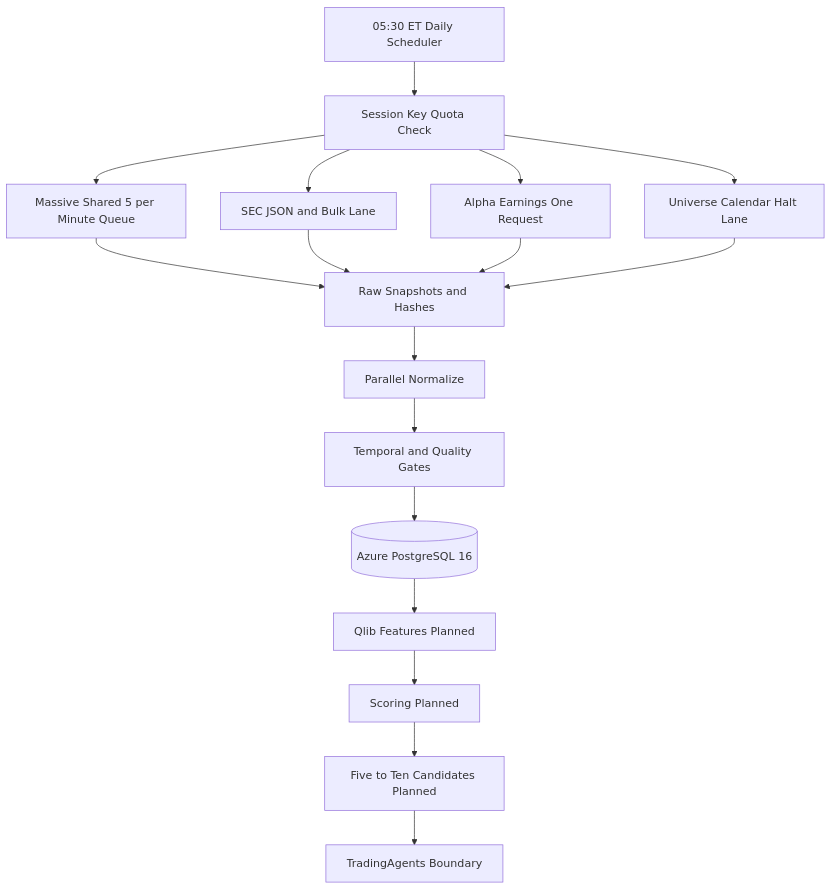
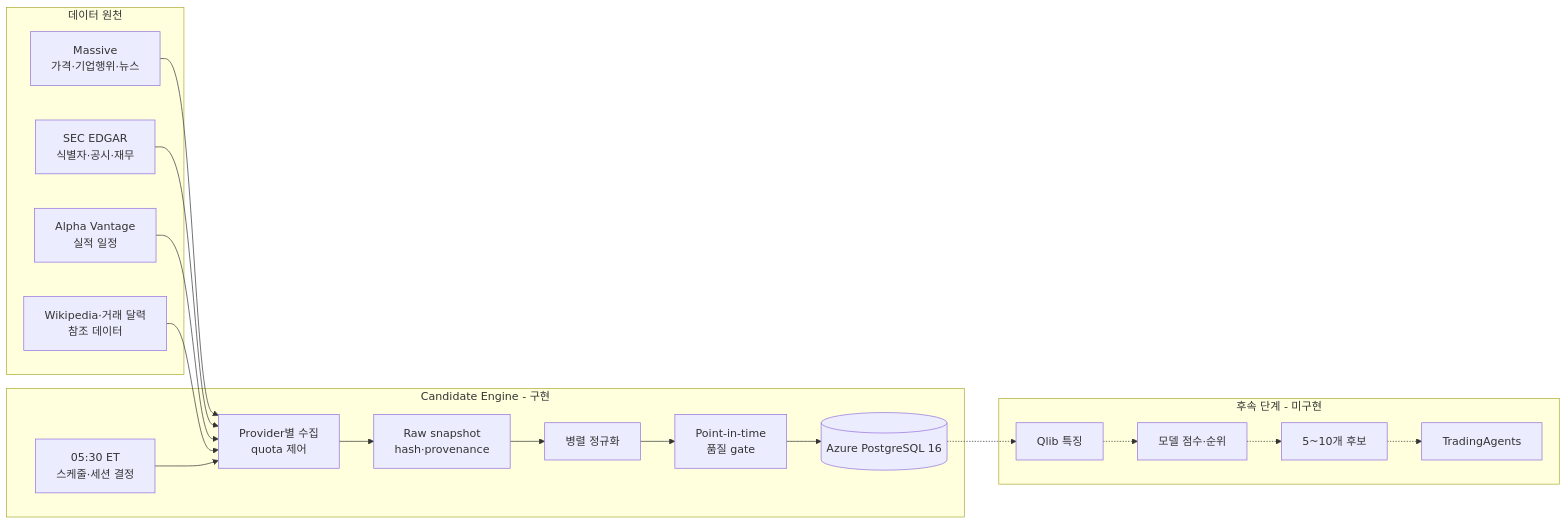
The first of 3 diagrams in README.md (brjeong-private/sp500-candidate-engine), drawn with Mermaid before and after one commit. The commit also changed other lines of this file and 1 other file, not shown here.

Commit message:
Refresh README architecture documentation

````diff
--- a/README.md
+++ b/README.md
@@ -56,19 +57,33 @@
 ```mermaid
-flowchart TD
-    Scheduler["05:30 ET Daily Scheduler"] --> Preflight["Session Key Quota Check"]
-    Preflight --> Massive["Massive Shared 5 per Minute Queue"]
-    Preflight --> SEC["SEC JSON and Bulk Lane"]
-    Preflight --> Alpha["Alpha Earnings One Request"]
-    Preflight --> Reference["Universe Calendar Halt Lane"]
-    Massive --> Raw["Raw Snapshots and Hashes"]
-    SEC --> Raw
-    Alpha --> Raw
-    Reference --> Raw
-    Raw --> Normalize["Parallel Normalize"]
-    Normalize --> Fence["Temporal and Quality Gates"]
-    Fence --> PostgreSQL[("Azure PostgreSQL 16")]
-    PostgreSQL --> Features["Qlib Features Planned"]
-    Features --> Scores["Scoring Planned"]
-    Scores --> Candidates["Five to Ten Candidates Planned"]
-    Candidates --> TradingAgents["TradingAgents Boundary"]
+flowchart LR
+    subgraph Sources["데이터 원천"]
+        Massive["Massive<br/>가격·기업행위·뉴스"]
+        SEC["SEC EDGAR<br/>식별자·공시·재무"]
+        Alpha["Alpha Vantage<br/>실적 일정"]
+        Reference["Wikipedia·거래 달력<br/>참조 데이터"]
+    end
+
+    subgraph Engine["Candidate Engine - 구현"]
+        Scheduler["05:30 ET<br/>스케줄·세션 결정"]
+        Collectors["Provider별 수집<br/>quota 제어"]
+        Raw["Raw snapshot<br/>hash·provenance"]
+        Normalize["병렬 정규화"]
+        Gates["Point-in-time<br/>품질 gate"]
+        Database[("Azure PostgreSQL 16")]
+    end
+
+    subgraph Planned["후속 단계 - 미구현"]
+        Features["Qlib 특징"]
+        Scores["모델 점수·순위"]
+        Candidates["5~10개 후보"]
+        TradingAgents["TradingAgents"]
+    end
+
+    Massive --> Collectors
+    SEC --> Collectors
+    Alpha --> Collectors
+    Reference --> Collectors
+    Scheduler --> Collectors
+    Collectors --> Raw --> Normalize --> Gates --> Database
+    Database -.-> Features -.-> Scores -.-> Candidates -.-> TradingAgents
 ```
````
